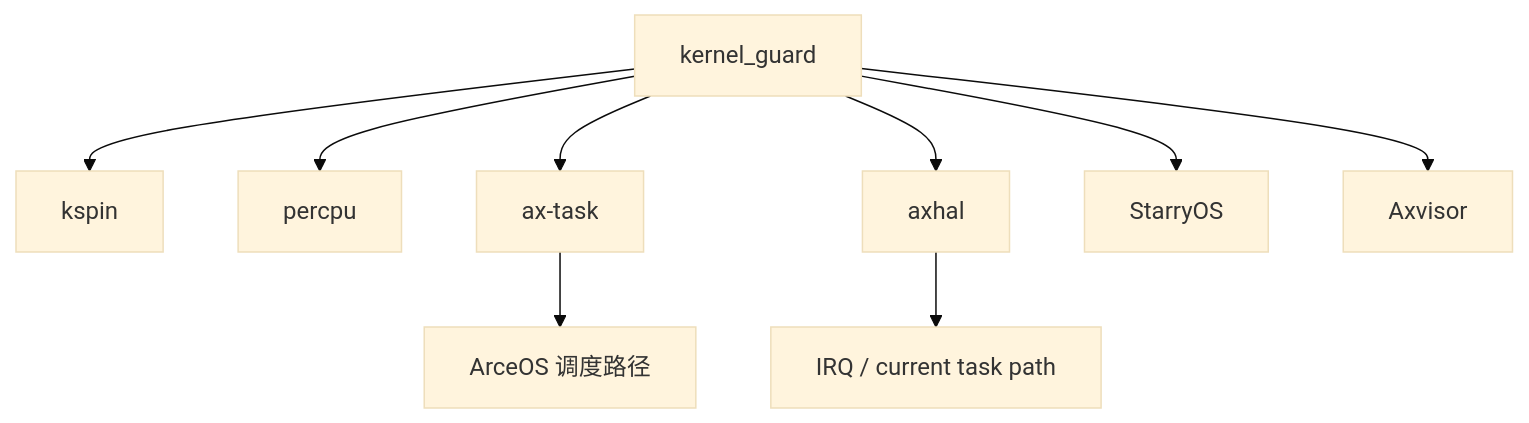
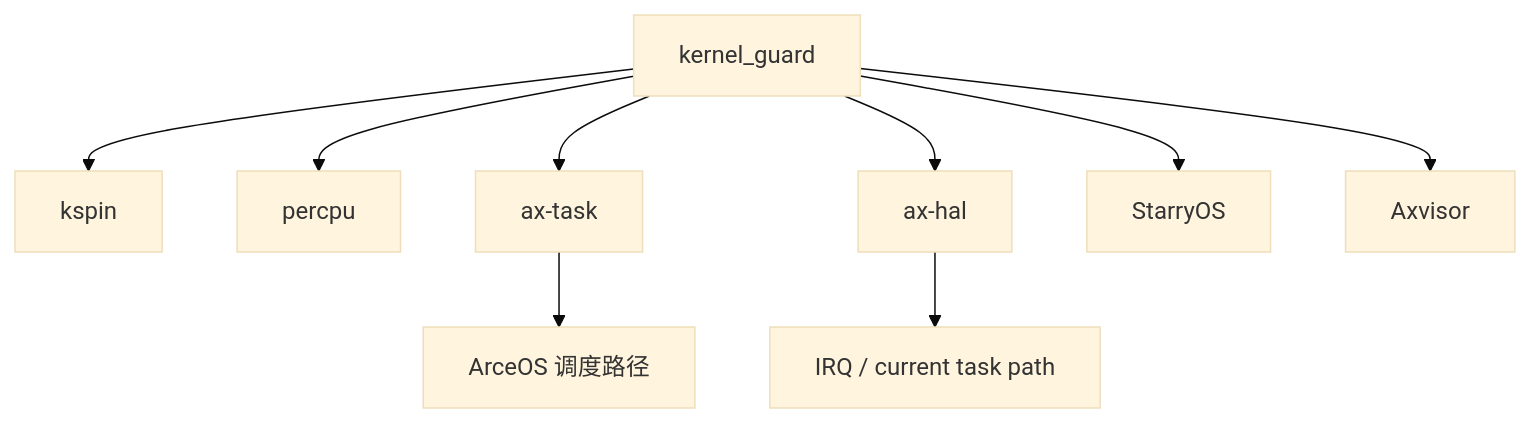
Before and after one commit to zKurisu/tgoskits: the diagram in docs/crates/kernel_guard.md, drawn with Mermaid (base theme). The commit also changed other lines of this file and 158 other files, not shown here.

Commit message:
rename axhal to ax-hal

````diff
--- a/docs/crates/kernel_guard.md
+++ b/docs/crates/kernel_guard.md
@@ -142,11 +142,11 @@
 ```mermaid
 graph TD
     A[kernel_guard] --> B[kspin]
     A --> C[percpu]
     A --> D[ax-task]
-    A --> E[axhal]
+    A --> E[ax-hal]
     D --> F[ArceOS 调度路径]
     E --> G[IRQ / current task path]
     A --> H[StarryOS]
     A --> I[Axvisor]
 ```
````
